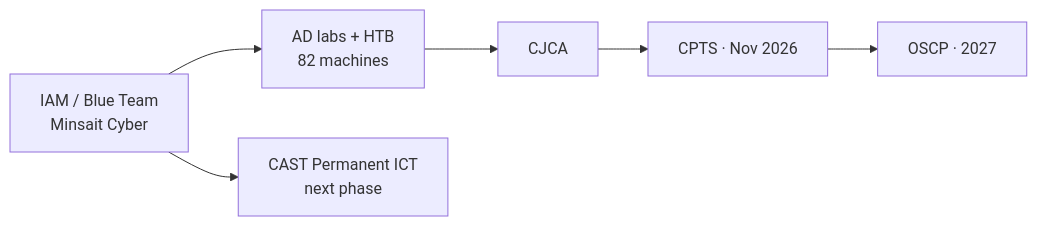
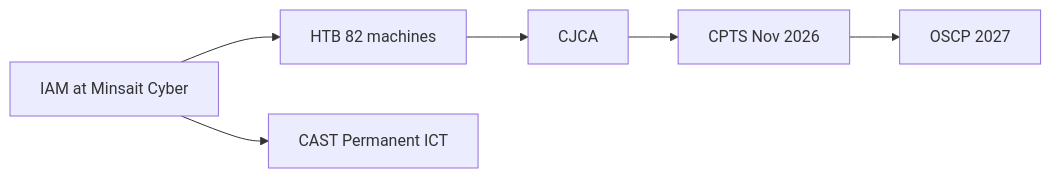
Before and after one commit to Pablogb29/Pablogb29: the diagram in README.md, drawn with Mermaid. The commit also changed other lines of this file, not shown here.

Commit message:
Fix profile README: broken shields, dead widgets, HTB badge, image URLs

````diff
--- a/README.md
+++ b/README.md
@@ -88,8 +102,8 @@
 ```mermaid
 flowchart LR
-  A[IAM / Blue Team<br/>Minsait Cyber] --> B[AD labs + HTB<br/>82 machines]
+  A[IAM at Minsait Cyber] --> B[HTB 82 machines]
   B --> C[CJCA]
-  C --> D[CPTS · Nov 2026]
-  D --> E[OSCP · 2027]
-  A --> F[CAST Permanent ICT<br/>next phase]
+  C --> D[CPTS Nov 2026]
+  D --> E[OSCP 2027]
+  A --> F[CAST Permanent ICT]
 ```
````
